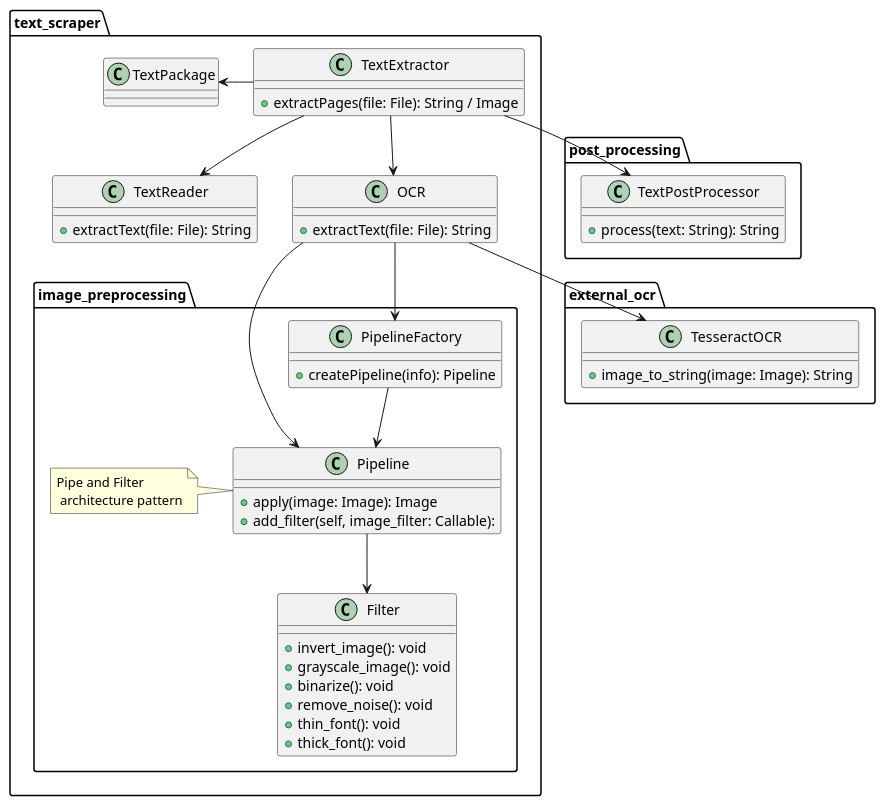
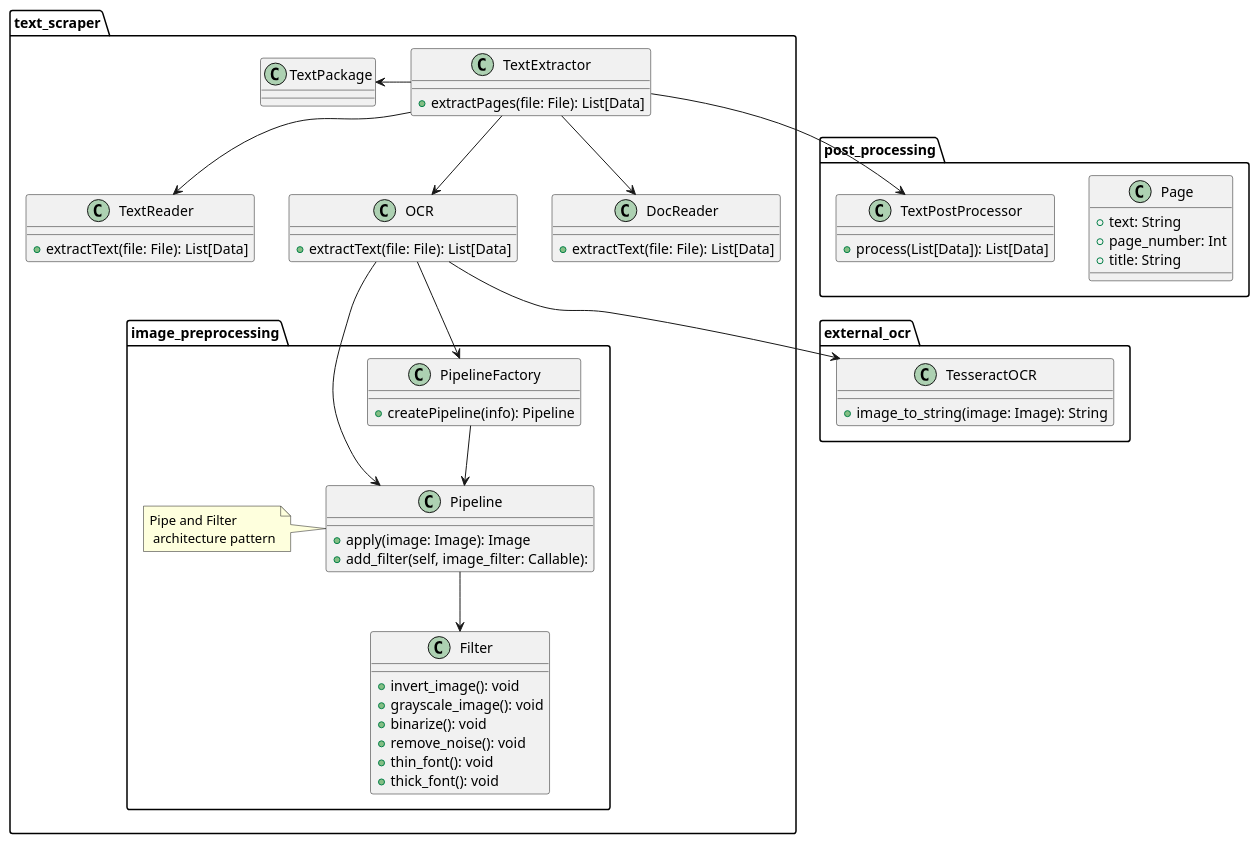
One commit to tutorai-no/tutor-service changed the diagram in docs/diagrams/text_scraper.puml. Above: the diagram before and after it, drawn with PlantUML.

Commit message:
refactor: update text_scraper.puml

```diff
--- a/docs/diagrams/text_scraper.puml
+++ b/docs/diagrams/text_scraper.puml
@@ -1,81 +1,92 @@
 @startuml
 
 package text_scraper {
 
     class TextExtractor {
-        + extractPages(file: File): String / Image
+        + extractPages(file: File): List[Data]
     }
 
     class TextReader {
-        + extractText(file: File): String
+        + extractText(file: File): List[Data]
     }
 
     class OCR {
-        + extractText(file: File): String
+        + extractText(file: File): List[Data]
+    }
+    class DocReader {
+        + extractText(file: File): List[Data]
     }
 
 
     class TextPackage{
     
     }
 
 
     
     package image_preprocessing {
         class Pipeline {
             + apply(image: Image): Image
             + add_filter(self, image_filter: Callable):
         }
         note left of Pipeline: Pipe and Filter \n architecture pattern
 
 
         class PipelineFactory {
             + createPipeline(info): Pipeline
         }
 
         class Filter {
             + invert_image(): void 
             + grayscale_image(): void
             + binarize(): void
             + remove_noise(): void
             + thin_font(): void
             + thick_font(): void
 
         }
     }
     
     OCR --> PipelineFactory
     OCR --> Pipeline
     PipelineFactory --> Pipeline
     
 
 }
 
 package external_ocr {
 
     class TesseractOCR {
         + image_to_string(image: Image): String
     }
 }
 
 package post_processing {
+    class Page{
+        + text: String
+        + page_number: Int
+        + title: String
+
+    }
+
 
     class TextPostProcessor {
-        + process(text: String): String
+        + process(List[Data]): List[Data]
     }
 
 }
 
 
     
 
 
 TextExtractor --> OCR
+TextExtractor --> DocReader
 TextExtractor --> TextReader
 TextExtractor --> TextPostProcessor
 OCR --> TesseractOCR
 Pipeline --> Filter
 TextExtractor -left-> TextPackage
 
 
 @enduml
```
